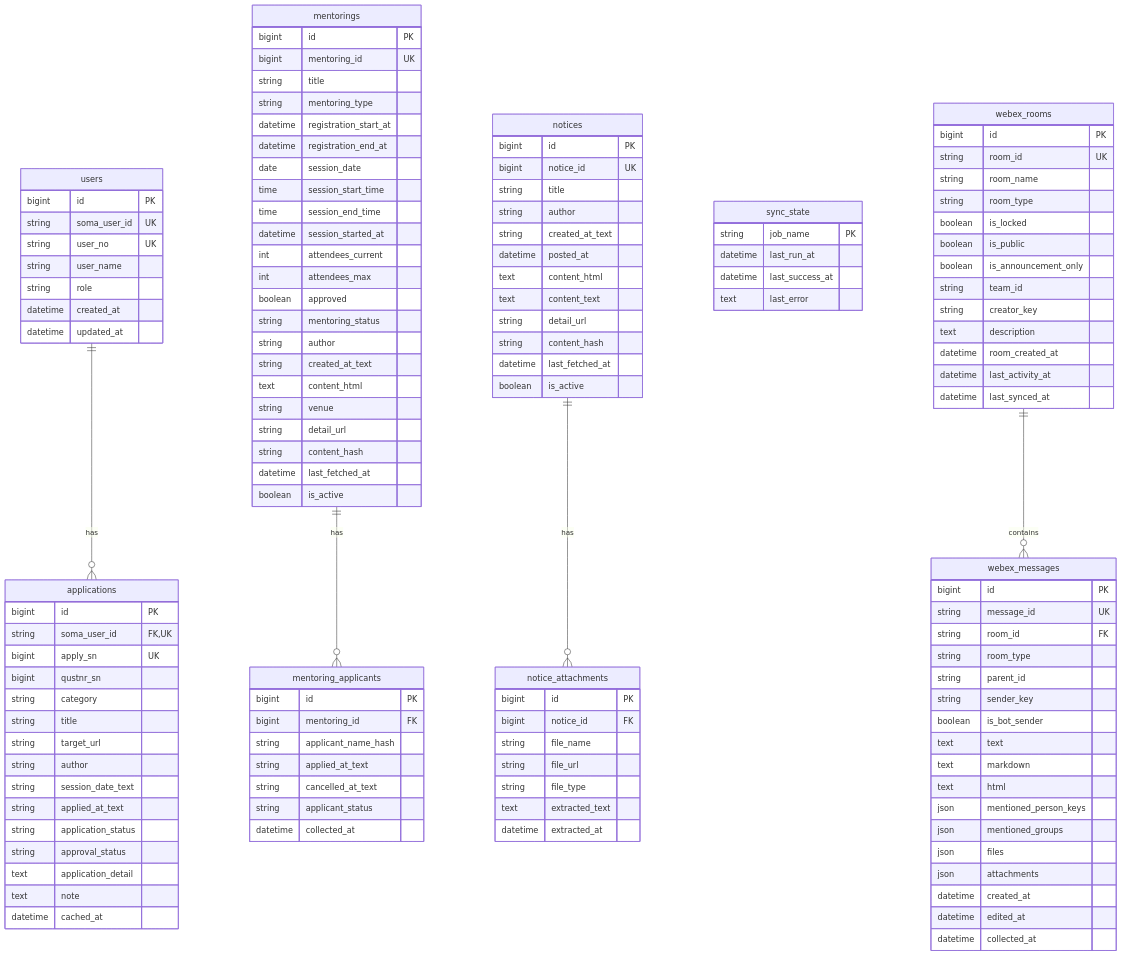
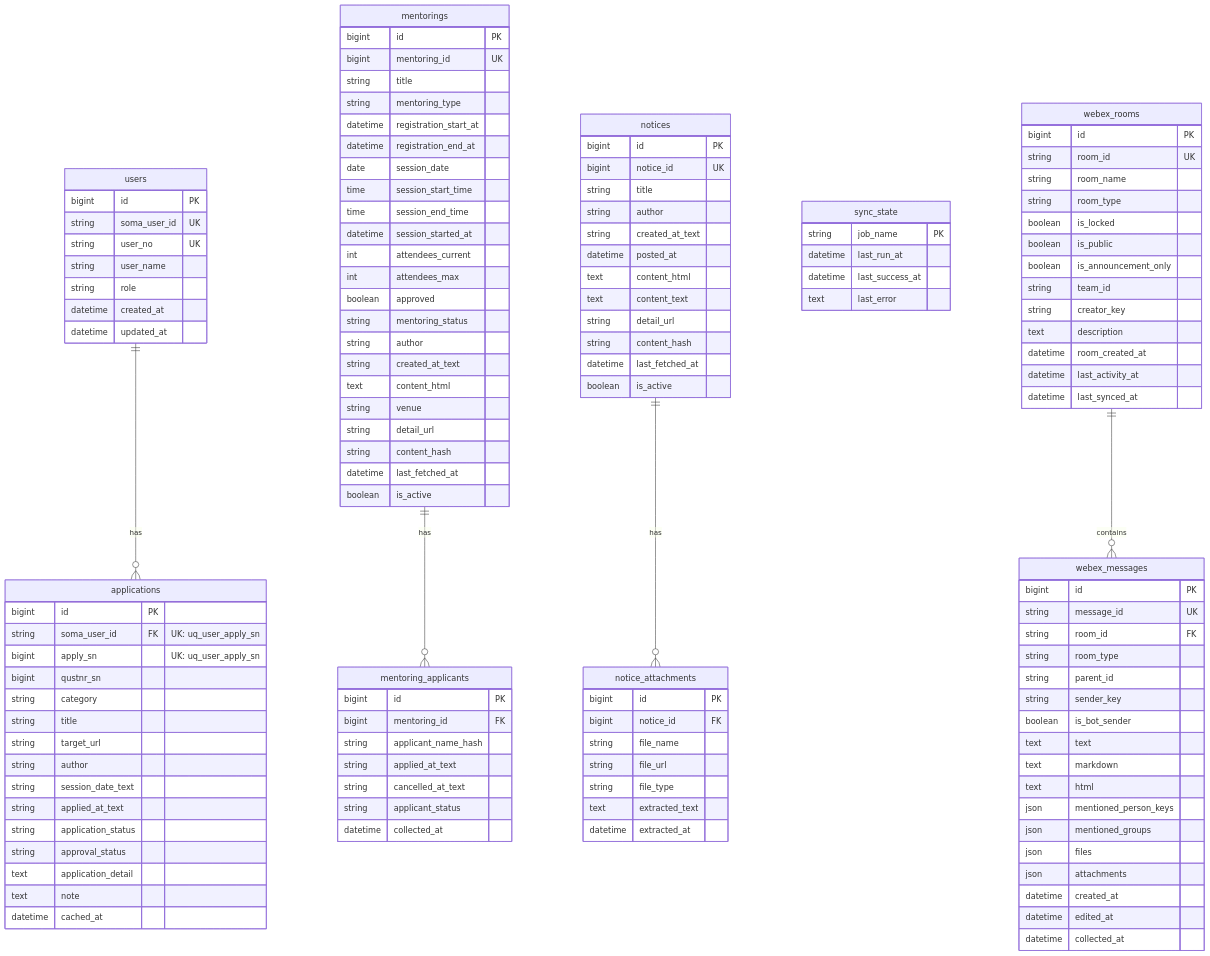
One commit to soma17th-ai5/soma-agent changed the diagram in README.md. Above: the diagram before and after it, drawn with Mermaid.

Commit message:
fix : 명시적 uk 복합키 추가

```diff
--- a/README.md
+++ b/README.md
@@ -16,8 +16,8 @@
 
     applications {
         bigint id PK
-        string soma_user_id FK,UK
-        bigint apply_sn UK
+        string soma_user_id FK "UK: uq_user_apply_sn"
+        bigint apply_sn "UK: uq_user_apply_sn"
         bigint qustnr_sn
         string category
         string title
```
